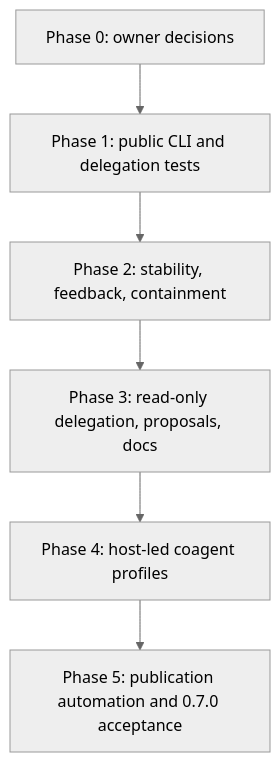
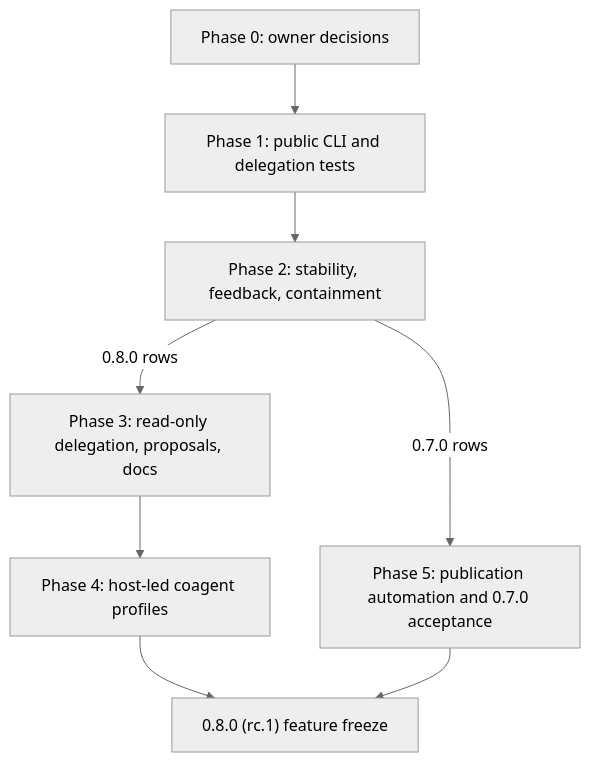
Before and after one commit to oktawianwybieralski/coagent8: the diagram in docs/ROADMAP.md, drawn with Mermaid (neutral theme). The commit also changed other lines of this file and 2 other files, not shown here.

First line of the commit message:
docs(roadmap): split 0.7.0 stability release from 0.8.0 orchestration (#64)

````diff
--- a/docs/ROADMAP.md
+++ b/docs/ROADMAP.md
@@ -92,8 +116,10 @@
 ```mermaid
 flowchart TD
   P0["Phase 0: owner decisions"] --> P1["Phase 1: public CLI and delegation tests"]
   P1 --> P2["Phase 2: stability, feedback, containment"]
-  P2 --> P3["Phase 3: read-only delegation, proposals, docs"]
+  P2 -->|"0.7.0 rows"| P5["Phase 5: publication automation and 0.7.0 acceptance"]
+  P2 -->|"0.8.0 rows"| P3["Phase 3: read-only delegation, proposals, docs"]
   P3 --> P4["Phase 4: host-led coagent profiles"]
-  P4 --> P5["Phase 5: publication automation and 0.7.0 acceptance"]
+  P4 --> RC["0.8.0 (rc.1) feature freeze"]
+  P5 --> RC
 ```
````
